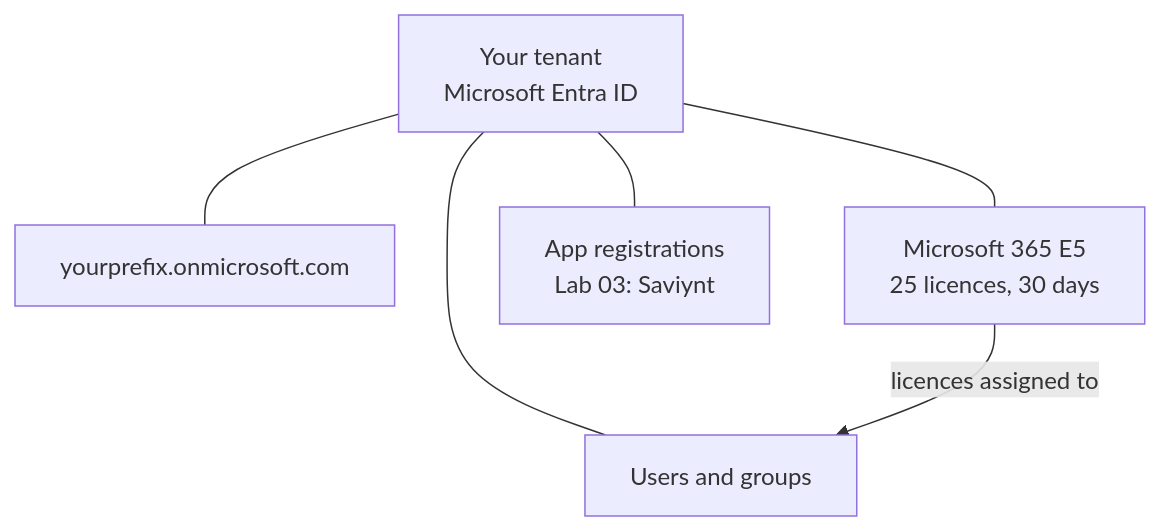
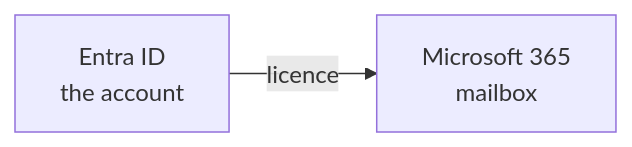
The diagram in 01-entra-tenant.md (prasanthgpks/HR-to-entra-id-with-Saviynt-connector), drawn with Mermaid before and after one commit. The commit also changed other lines of this file and 50 other files, not shown here.

````diff
--- a/01-entra-tenant.md
+++ b/01-entra-tenant.md
@@ -38,14 +20,7 @@
 ```mermaid
-flowchart TB
-  TENANT["Your tenant<br/>Microsoft Entra ID"]
-  DOM["yourprefix.onmicrosoft.com"]
-  SUB["Microsoft 365 E5<br/>25 licences, 30 days"]
-  USERS["Users and groups"]
-  APPS["App registrations<br/>Lab 03: Saviynt"]
+flowchart LR
+  ENTRA["Entra ID<br/>the account"]
+  M365["Microsoft 365<br/>mailbox"]
 
-  TENANT --- DOM
-  TENANT --- SUB
-  TENANT --- USERS
-  TENANT --- APPS
-  SUB -->|"licences assigned to"| USERS
+  ENTRA -->|"licence"| M365
 ```
````
